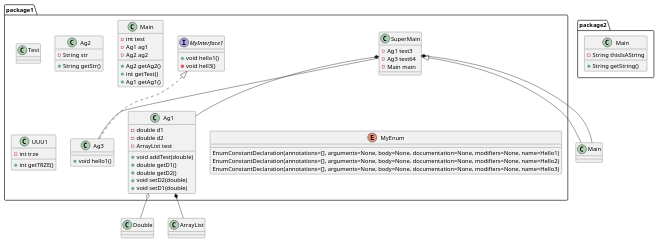
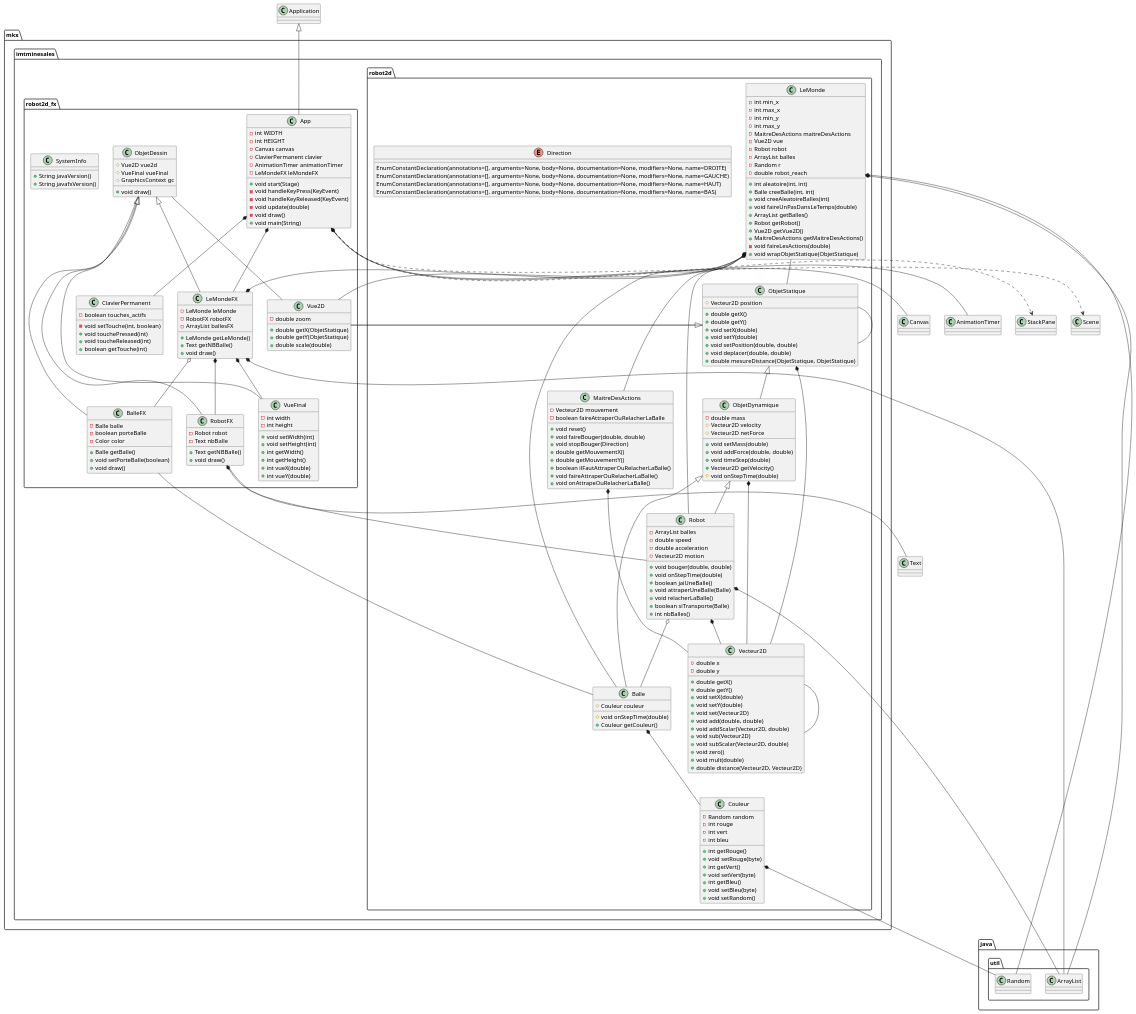
The diagram in project_diagram.puml (Numero7-Mojeangering/JavaUMLAnalyser), drawn with PlantUML before and after one commit. The commit also changed 2 other files, not shown here.

```diff
--- a/project_diagram.puml
+++ b/project_diagram.puml
@@ -1,62 +1,232 @@
 @startuml
-package package1 {
- class Ag1 {
-  - double d1
-  - double d2
-  - ArrayList test
-  + void addTest(double)
-  + double getD1()
-  + double getD2()
-  + void setD2(double)
-  + void setD1(double)
+package mkx.imtminesales.robot2d {
+ class Balle {
+  # Couleur couleur
+  # void onStepTime(double)
+  + Couleur getCouleur()
  }
- class Test {
+ class Couleur {
+  - Random random
+  - int rouge
+  - int vert
+  - int bleu
+  + int getRouge()
+  + void setRouge(byte)
+  + int getVert()
+  + void setVert(byte)
+  + int getBleu()
+  + void setBleu(byte)
+  + void setRandom()
  }
- class Ag2 {
-  - String str
-  + String getStr()
+ class LeMonde {
+  - int min_x
+  - int max_x
+  - int min_y
+  - int max_y
+  - MaitreDesActions maitreDesActions
+  - Vue2D vue
+  - Robot robot
+  - ArrayList balles
+  - Random r
+  - double robot_reach
+  + int aleatoire(int, int)
+  + Balle creeBalle(int, int)
+  + void creeAleatoireBalles(int)
+  + void faireUnPasDansLeTemps(double)
+  + ArrayList getBalles()
+  + Robot getRobot()
+  + Vue2D getVue2D()
+  + MaitreDesActions getMaitreDesActions()
+  - void faireLesActions(double)
+  + void wrapObjetStatique(ObjetStatique)
  }
- class Ag3 {
-  + void hello1()
+ class MaitreDesActions {
+  - Vecteur2D mouvement
+  - boolean faireAttraperOuRelacherLaBalle
+  + void reset()
+  + void faireBouger(double, double)
+  + void stopBouger(Direction)
+  + double getMouvementX()
+  + double getMouvementY()
+  + boolean ilFautAttraperOuRelacherLaBalle()
+  + void faireAttraperOuRelacherLaBalle()
+  + void onAttrapeOuRelacherLaBalle()
  }
- class Main {
-  - int test
-  - Ag1 ag1
-  - Ag2 ag2
-  + Ag2 getAg2()
-  + int getTest()
-  + Ag1 getAg1()
+ class ObjetDynamique {
+  - double mass
+  # Vecteur2D velocity
+  # Vecteur2D netForce
+  + void setMass(double)
+  + void addForce(double, double)
+  + void timeStep(double)
+  + Vecteur2D getVelocity()
+  # void onStepTime(double)
  }
- class SuperMain {
-  - Ag1 test3
-  - Ag3 test64
-  - Main main
+ class ObjetStatique {
+  # Vecteur2D position
+  + double getX()
+  + double getY()
+  + void setX(double)
+  + void setY(double)
+  + void setPosition(double, double)
+  + void deplacer(double, double)
+  + double mesureDistance(ObjetStatique, ObjetStatique)
  }
- class UUU1 {
-  - int trze
-  + int getTRZE()
+ class Robot {
+  - ArrayList balles
+  - double speed
+  - double acceleration
+  - Vecteur2D motion
+  + void bouger(double, double)
+  + void onStepTime(double)
+  + boolean jaiUneBalle()
+  + void attraperUneBalle(Balle)
+  + void relacherLaBalle()
+  + boolean siTransporte(Balle)
+  + int nbBalles()
  }
- interface MyInterface1 {
-  + void hello1()
-  - void hell3()
+ class Vecteur2D {
+  - double x
+  - double y
+  + double getX()
+  + double getY()
+  + void setX(double)
+  + void setY(double)
+  + void set(Vecteur2D)
+  + void add(double, double)
+  + void addScalar(Vecteur2D, double)
+  + void sub(Vecteur2D)
+  + void subScalar(Vecteur2D, double)
+  + void zero()
+  + void mult(double)
+  + double distance(Vecteur2D, Vecteur2D)
  }
- enum MyEnum {
-  EnumConstantDeclaration(annotations=[], arguments=None, body=None, documentation=None, modifiers=None, name=Hello1)
-  EnumConstantDeclaration(annotations=[], arguments=None, body=None, documentation=None, modifiers=None, name=Hello2)
-  EnumConstantDeclaration(annotations=[], arguments=None, body=None, documentation=None, modifiers=None, name=Hello3)
+ enum Direction {
+  EnumConstantDeclaration(annotations=[], arguments=None, body=None, documentation=None, modifiers=None, name=DROITE)
+  EnumConstantDeclaration(annotations=[], arguments=None, body=None, documentation=None, modifiers=None, name=GAUCHE)
+  EnumConstantDeclaration(annotations=[], arguments=None, body=None, documentation=None, modifiers=None, name=HAUT)
+  EnumConstantDeclaration(annotations=[], arguments=None, body=None, documentation=None, modifiers=None, name=BAS)
  }
  }
-package package2 {
- class Main {
-  - String thisIsAString
-  + String getString()
+package java.util {
+ class ArrayList {
+ }
+ class Random {
  }
  }
-Ag1 o-- Double
-Ag1 *-- ArrayList
-MyInterface1 <|.. Ag3
-SuperMain <|-- Main
-SuperMain *-- Main
-SuperMain *-- Ag1
-SuperMain -- Ag3
+package mkx.imtminesales.robot2d_fx {
+ class Vue2D {
+ }
+ class App {
+  - int WIDTH
+  - int HEIGHT
+  - Canvas canvas
+  - ClavierPermanent clavier
+  - AnimationTimer animationTimer
+  - LeMondeFX leMondeFX
+  + void start(Stage)
+  - void handleKeyPress(KeyEvent)
+  - void handleKeyReleased(KeyEvent)
+  - void update(double)
+  - void draw()
+  + void main(String)
+ }
+ class BalleFX {
+  - Balle balle
+  - boolean porteBalle
+  - Color color
+  + Balle getBalle()
+  + void setPorteBalle(boolean)
+  + void draw()
+ }
+ class ClavierPermanent {
+  - boolean touches_actifs
+  - void setTouche(int, boolean)
+  + void touchePressed(int)
+  + void toucheReleased(int)
+  + boolean getTouche(int)
+ }
+ class LeMondeFX {
+  - LeMonde leMonde
+  - RobotFX robotFX
+  - ArrayList ballesFX
+  + LeMonde getLeMonde()
+  + Text getNBBalle()
+  + void draw()
+ }
+ class ObjetDessin {
+  # Vue2D vue2d
+  # VueFinal vueFinal
+  # GraphicsContext gc
+  + void draw()
+ }
+ class RobotFX {
+  - Robot robot
+  - Text nbBalle
+  + Text getNBBalle()
+  + void draw()
+ }
+ class SystemInfo {
+  + String javaVersion()
+  + String javafxVersion()
+ }
+ class Vue2D {
+  - double zoom
+  + double getX(ObjetStatique)
+  + double getY(ObjetStatique)
+  + double scale(double)
+ }
+ class VueFinal {
+  - int width
+  - int height
+  + void setWidth(int)
+  + void setHeight(int)
+  + int getWidth()
+  + int getHeight()
+  + int vueX(double)
+  + int vueY(double)
+ }
+ }
+ObjetDynamique <|-- Balle
+Balle *-- Couleur
+Couleur *-- Random
+LeMonde o-- Balle
+LeMonde *-- MaitreDesActions
+LeMonde *-- Vue2D
+LeMonde *-- Robot
+LeMonde *-- ArrayList
+LeMonde *-- Random
+LeMonde -- ObjetStatique
+MaitreDesActions *-- Vecteur2D
+ObjetStatique <|-- ObjetDynamique
+ObjetDynamique *-- Vecteur2D
+ObjetStatique *-- Vecteur2D
+ObjetStatique -- ObjetStatique
+ObjetDynamique <|-- Robot
+Robot o-- Balle
+Robot *-- ArrayList
+Robot *-- Vecteur2D
+Vecteur2D -- Vecteur2D
+Application <|-- App
+App ..> StackPane
+App ..> Scene
+App *-- Canvas
+App *-- ClavierPermanent
+App *-- LeMondeFX
+App *-- AnimationTimer
+ObjetDessin <|-- BalleFX
+BalleFX -- Balle
+ObjetDessin <|-- LeMondeFX
+LeMondeFX o-- BalleFX
+LeMondeFX *-- LeMonde
+LeMondeFX *-- RobotFX
+LeMondeFX *-- ArrayList
+LeMondeFX *-- VueFinal
+ObjetDessin -- Vue2D
+ObjetDessin -- VueFinal
+ObjetDessin <|-- RobotFX
+RobotFX *-- Text
+RobotFX -- Robot
+ObjetStatique <|-- Vue2D
+Vue2D -- ObjetStatique
 @enduml
```
